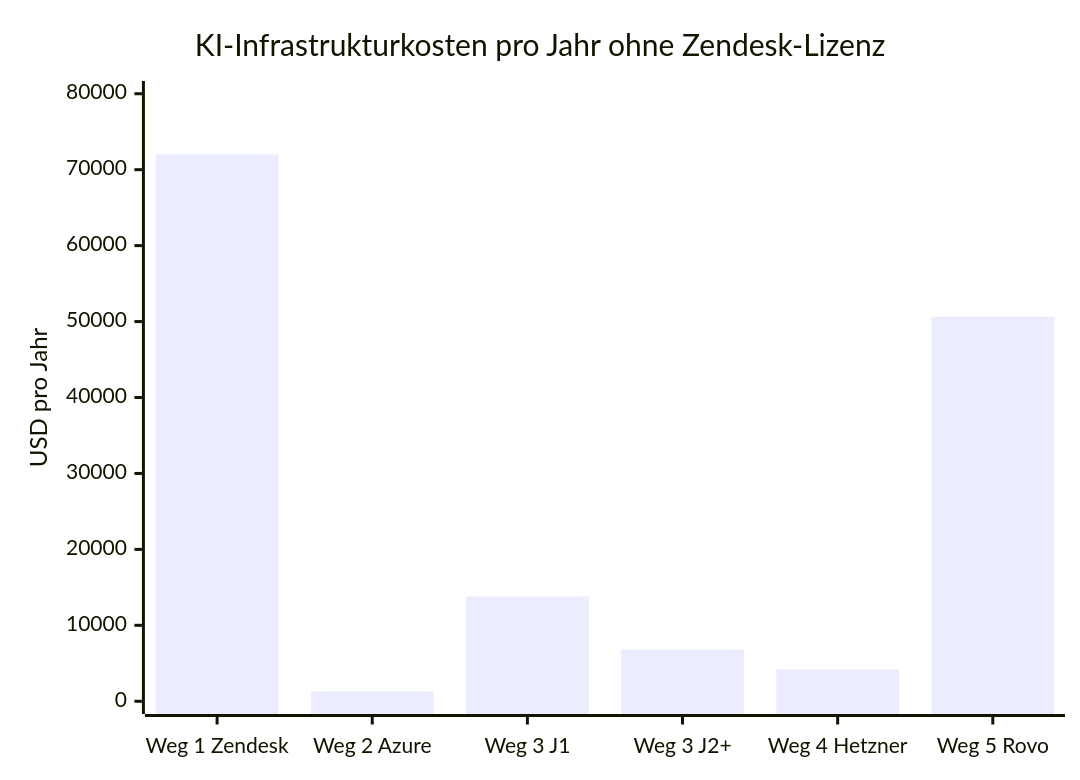
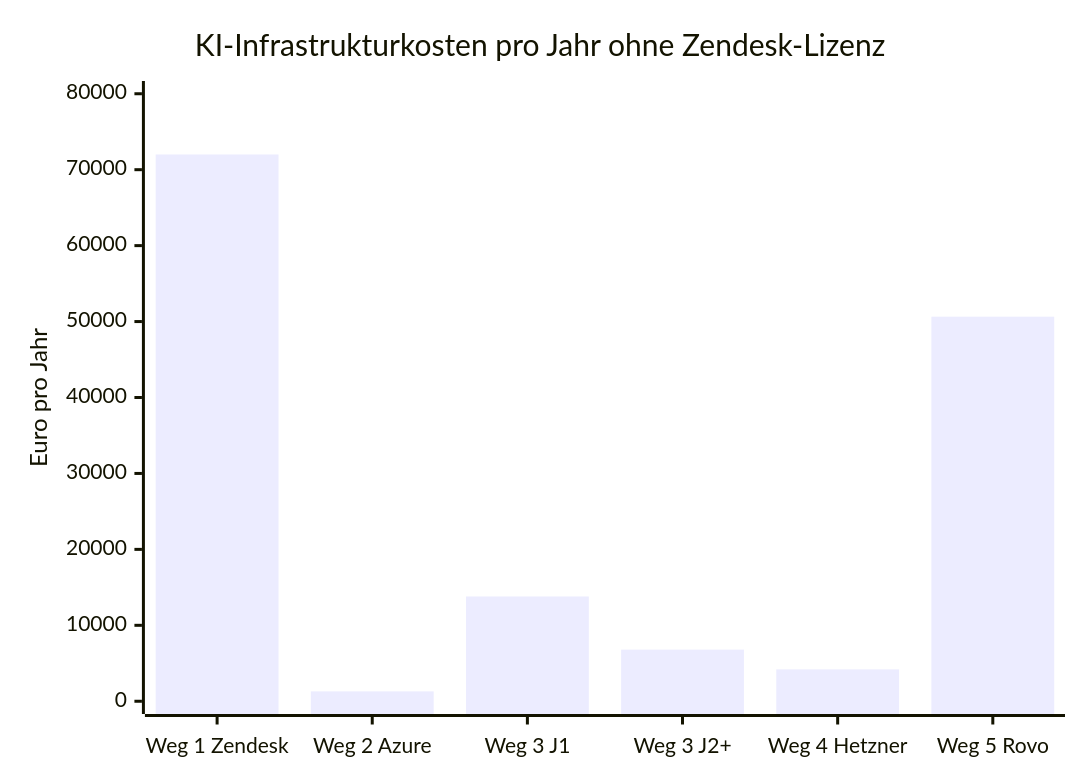
One commit to tekknix/zendesk-ai changed diagram 11 of 11 in readme.md. Above: the diagram before and after it, drawn with Mermaid. The commit also changed other lines of this file, not shown here.

````diff
--- a/readme.md
+++ b/readme.md
@@ -238,7 +238,7 @@
 ```mermaid
 xychart-beta
     title "KI-Infrastrukturkosten pro Jahr ohne Zendesk-Lizenz"
     x-axis ["Weg 1 Zendesk", "Weg 2 Azure", "Weg 3 J1", "Weg 3 J2+", "Weg 4 Hetzner", "Weg 5 Rovo"]
-    y-axis "USD pro Jahr" 0 --> 80000
+    y-axis "Euro pro Jahr" 0 --> 80000
     bar [72000, 1300, 13800, 6800, 4200, 50640] 
 ```
````
